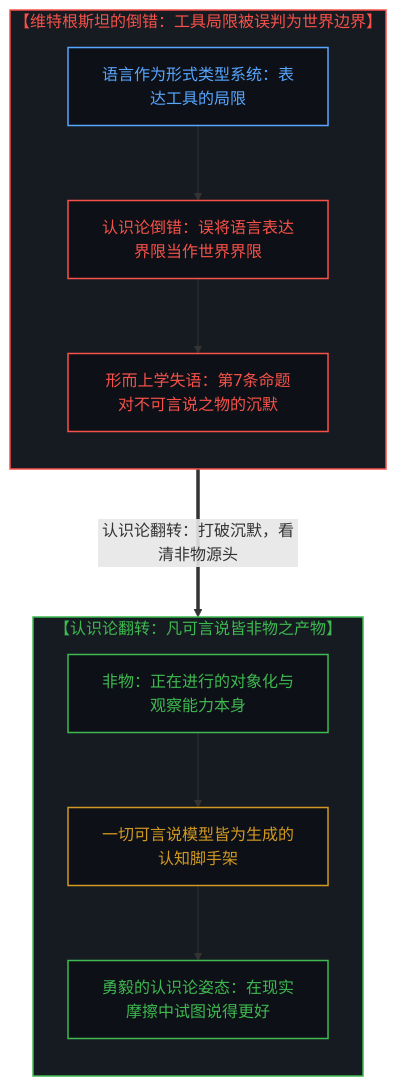
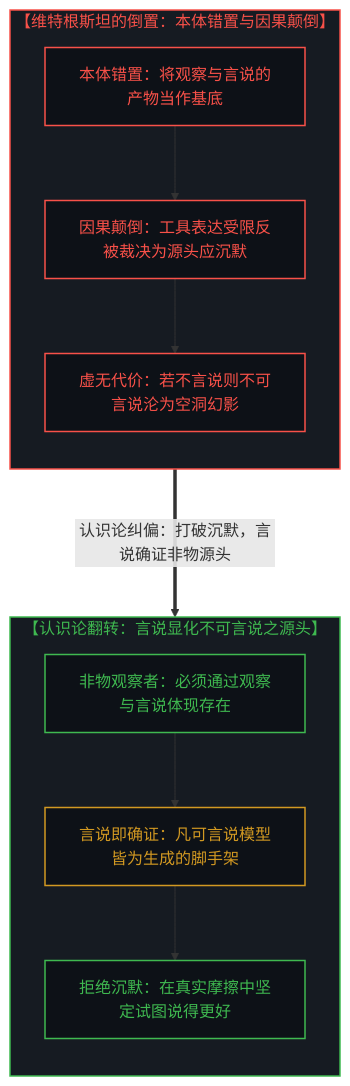
Before and after one commit to powerpig99/not-a-toe: the seventh of 10 diagrams in content/posts/all-that-can-be-spoken-is-the-product-of-the-unspeakable.md, drawn with Mermaid. The commit also changed other lines of this file and 2 other files, not shown here.

Commit message:
Refactor Section 4 to articulate Wittgenstein's causal inversion and observer-observation ontology

````diff
--- a/content/posts/all-that-can-be-spoken-is-the-product-of-the-unspeakable.md
+++ b/content/posts/all-that-can-be-spoken-is-the-product-of-the-unspeakable.md
@@ -245,29 +247,29 @@
 ```mermaid
 graph TD
     classDef default fill:#0d1117,stroke:#30363d,stroke-width:1px,color:#f0f6fc;
     classDef mind fill:#0d1117,stroke:#3fb950,stroke-width:1.5px,color:#3fb950;
     classDef failure fill:#0d1117,stroke:#f85149,stroke-width:1.5px,color:#f85149;
     classDef scaffold fill:#0d1117,stroke:#d29922,stroke-width:1.5px,color:#d29922;
     classDef model fill:#0d1117,stroke:#58a6ff,stroke-width:1.5px,color:#58a6ff;
 
-    subgraph S_Wittgenstein ["【维特根斯坦的倒错：工具局限被误判为世界边界】"]
+    subgraph S_Wittgenstein ["【维特根斯坦的倒置：本体错置与因果颠倒】"]
         direction TB
-        W1["语言作为形式类型系统：表达工具的局限"]:::model
-        W2["认识论倒错：误将语言表达界限当作世界界限"]:::failure
-        W3["形而上学失语：第7条命题对不可言说之物的沉默"]:::failure
+        W1["本体错置：将观察与言说的产物当作基底"]:::failure
+        W2["因果颠倒：工具表达受限反被裁决为源头应沉默"]:::failure
+        W3["虚无代价：若不言说则不可言说沦为空洞幻影"]:::failure
         W1 --> W2 --> W3
     end
 
-    subgraph S_Reconstruction ["【认识论翻转：凡可言说皆非物之产物】"]
+    subgraph S_Reconstruction ["【认识论翻转：言说显化不可言说之源头】"]
         direction TB
-        R1["非物：正在进行的对象化与观察能力本身"]:::mind
-        R2["一切可言说模型皆为生成的认知脚手架"]:::scaffold
-        R3["勇毅的认识论姿态：在现实摩擦中试图说得更好"]:::mind
+        R1["非物观察者：必须通过观察与言说体现存在"]:::mind
+        R2["言说即确证：凡可言说模型皆为生成的脚手架"]:::scaffold
+        R3["拒绝沉默：在真实摩擦中坚定试图说得更好"]:::mind
         R1 --> R2 --> R3
     end
 
-    W3 ===>|"认识论翻转：打破沉默，看清非物源头"| R1
+    W3 ===>|"认识论纠偏：打破沉默，言说确证非物源头"| R1
 
     style S_Wittgenstein fill:#161b22,stroke:#f85149,stroke-width:1.5px,color:#f85149
     style S_Reconstruction fill:#161b22,stroke:#3fb950,stroke-width:1.5px,color:#3fb950
 ```
````
